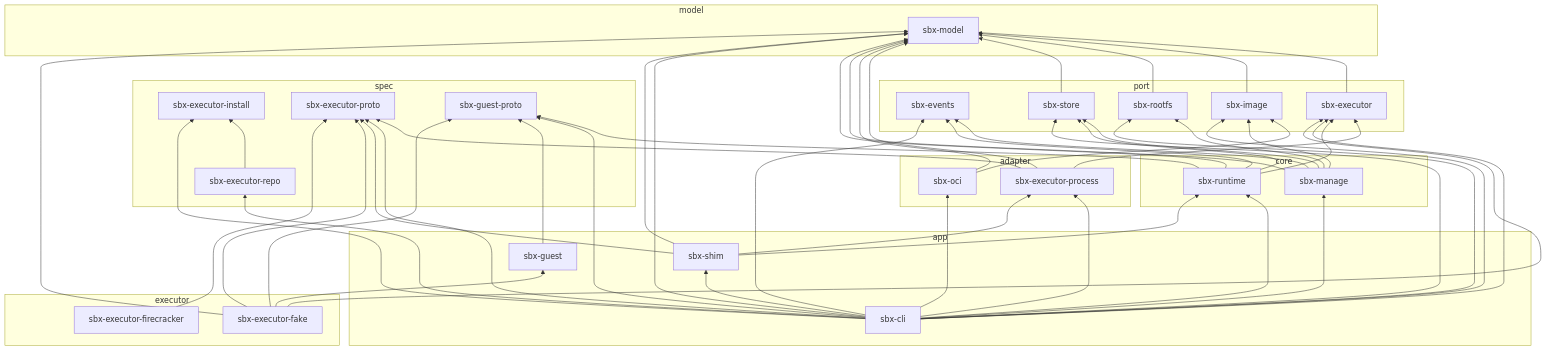
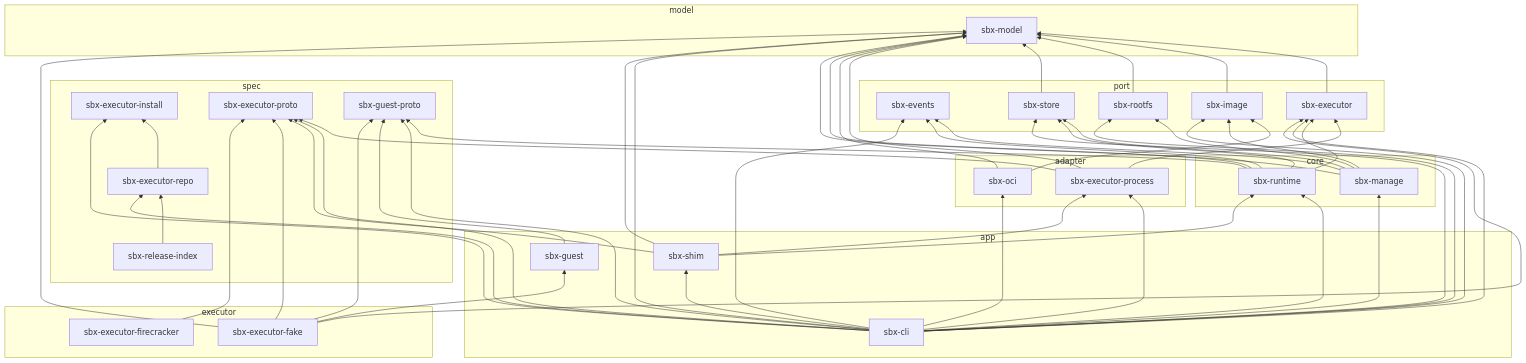
One commit to toollyst/sandbox changed the diagram in docs/developers/crates.md. Above: the diagram before and after it, drawn with Mermaid. The commit also changed other lines of this file and 11 other files, not shown here.

First line of the commit message:
U1: sbx 릴리스 색인 크레이트(sbx-release-index)

```diff
--- a/docs/developers/crates.md
+++ b/docs/developers/crates.md
@@ -32,6 +32,7 @@
     sbx_executor_proto[sbx-executor-proto]
     sbx_executor_repo[sbx-executor-repo]
     sbx_guest_proto[sbx-guest-proto]
+    sbx_release_index[sbx-release-index]
   end
   subgraph port
     sbx_events[sbx-events]
@@ -58,6 +59,7 @@
     sbx_executor_firecracker[sbx-executor-firecracker]
   end
   sbx_executor_repo --> sbx_executor_install
+  sbx_release_index --> sbx_executor_repo
   sbx_executor --> sbx_model
   sbx_image --> sbx_model
   sbx_rootfs --> sbx_model
```
